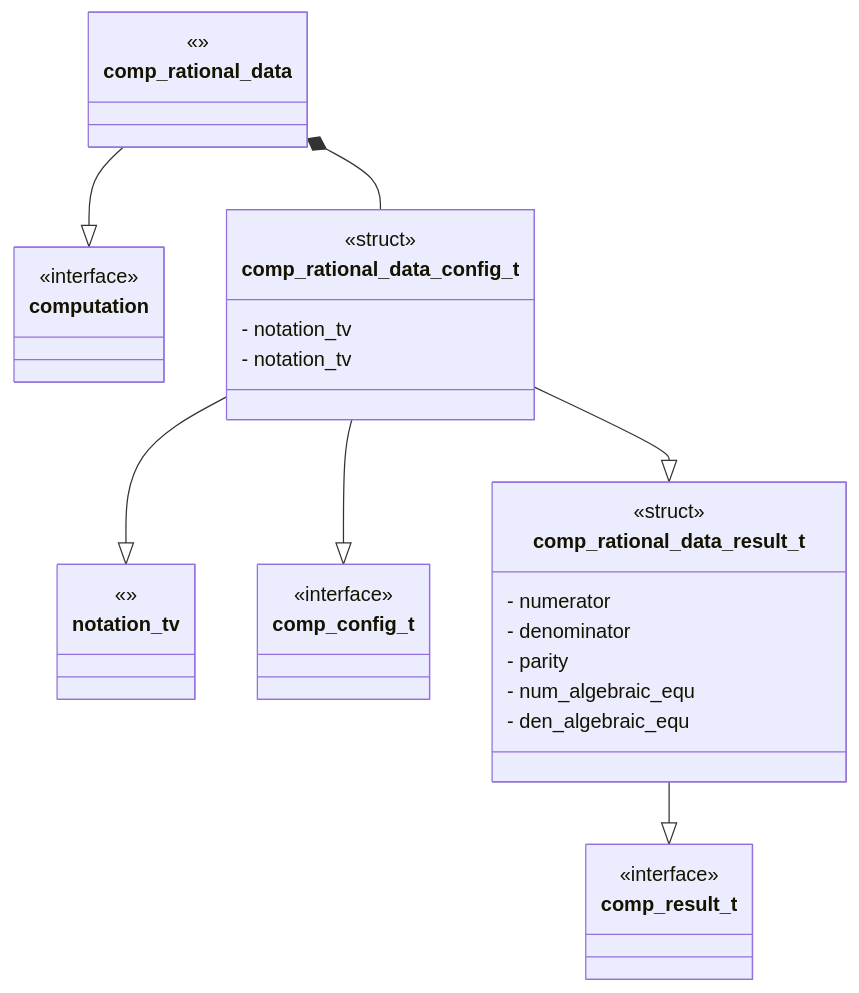
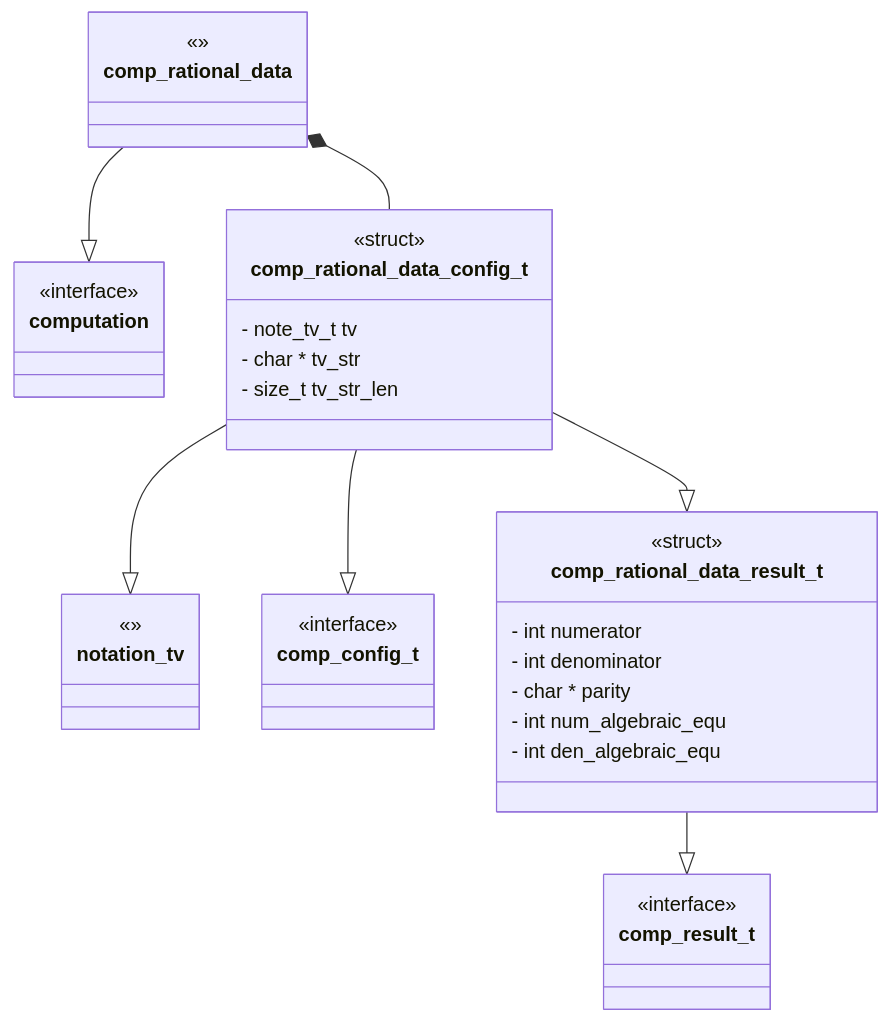
One commit to Uiowa-Applied-Topology/tanglenomicon_core_libraries changed the first of 3 diagrams in source/comp-rational_data/docs/unit-description.md. Above: the diagram before and after it, drawn with Mermaid. The commit also changed other lines of this file and 71 other files, not shown here.

````diff
--- a/source/comp-rational_data/docs/unit-description.md
+++ b/source/comp-rational_data/docs/unit-description.md
@@ -3,48 +3,47 @@
 ```mermaid
 classDiagram
     comp_rational_data --|> computation
     comp_rational_data_config_t --|> notation_tv
     comp_rational_data_config_t --|> comp_config_t
     comp_rational_data_config_t --|> comp_rational_data_result_t
     comp_rational_data_result_t --|> comp_result_t
     comp_rational_data *-- comp_rational_data_config_t
 
     class computation {
         <<interface>>
     }
 
     class comp_rational_data {
 <<>>
 }
 
 class notation_tv{
 <<>>
 }
 
 class comp_rational_data_config_t {
 <<struct>>
-- notation_tv
-- notation_tv
+- note_tv_t tv
+- char * tv_str
+- size_t tv_str_len
 
 }
 
 class comp_rational_data_result_t {
 <<struct>>
-- numerator
-- denominator
-- parity
-- num_algebraic_equ
-- den_algebraic_equ
+- int numerator
+- int denominator
+- char * parity
+- int num_algebraic_equ
+- int den_algebraic_equ
 }
 
 class comp_config_t {
 <<interface>>
 
 }
 class comp_result_t {
 <<interface>>
 
 }
-
-
 ```
````
